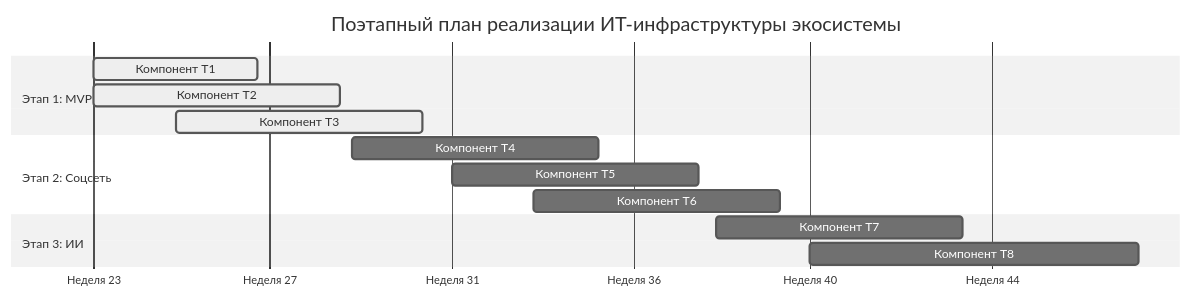
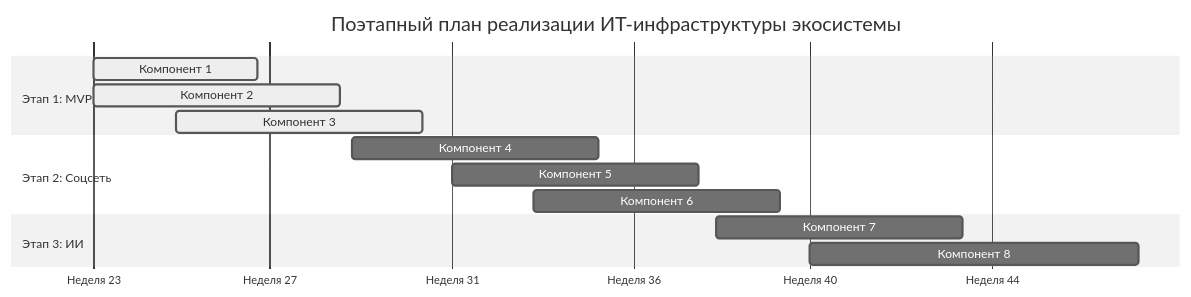
One commit to Maksim-Burning-Inside/Sports-app-architecture changed the diagram in stage-1-concept/06-implementation-order.md. Above: the diagram before and after it, drawn with Mermaid (neutral theme). The commit also changed other lines of this file, not shown here.

````diff
--- a/stage-1-concept/06-implementation-order.md
+++ b/stage-1-concept/06-implementation-order.md
@@ -11,20 +11,20 @@
 ```mermaid
 gantt
     title Поэтапный план реализации ИТ-инфраструктуры экосистемы
     dateFormat  YYYY-MM-DD
     axisFormat Неделя %V
 
     section Этап 1: MVP
-    Компонент T1 :active, t1, 2026-06-01, 28d
-    Компонент T2 :active, t2, 2026-06-01, 42d
-    Компонент T3 :active, t3, 2026-06-15, 42d
+    Компонент 1 :active, t1, 2026-06-01, 28d
+    Компонент 2 :active, t2, 2026-06-01, 42d
+    Компонент 3 :active, t3, 2026-06-15, 42d
 
     section Этап 2: Соцсеть
-    Компонент T4 : t4, 2026-07-15, 42d
-    Компонент T5 : t5, 2026-08-01, 42d
-    Компонент T6 : t6, 2026-08-15, 42d
+    Компонент 4 : t4, 2026-07-15, 42d
+    Компонент 5 : t5, 2026-08-01, 42d
+    Компонент 6 : t6, 2026-08-15, 42d
 
     section Этап 3: ИИ
-    Компонент T7 : t7, 2026-09-15, 42d
-    Компонент T8 : t8, 2026-10-01, 56d
+    Компонент 7 : t7, 2026-09-15, 42d
+    Компонент 8 : t8, 2026-10-01, 56d
 ```
````
